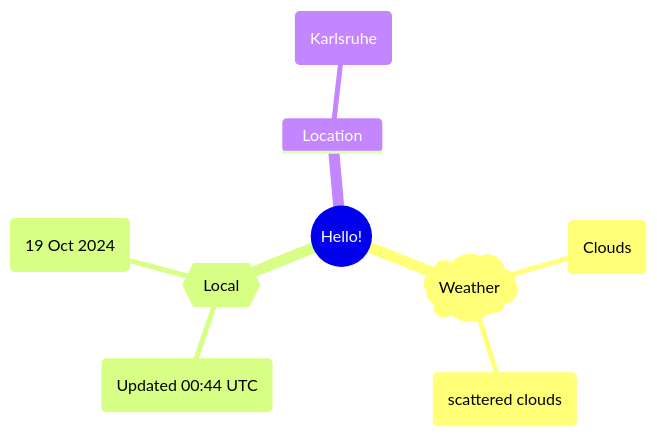
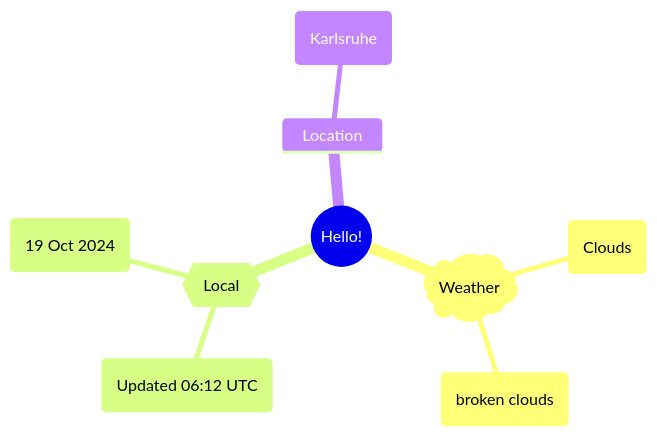
One commit to Xosrov/Xosrov changed the first of 2 diagrams in README.md. Above: the diagram before and after it, drawn with Mermaid.

Commit message:
[bot] updated images

````diff
--- a/README.md
+++ b/README.md
@@ -3,12 +3,12 @@
 ```mermaid
 mindmap
   root((Hello!))
     )Weather(
         (Clouds)
-        (scattered clouds)
+        (broken clouds)
     {{Local}}
-        (Updated 00:44 UTC)
+        (Updated 06:12 UTC)
         (19 Oct 2024)
     Location
         (Karlsruhe)
 ```
````
